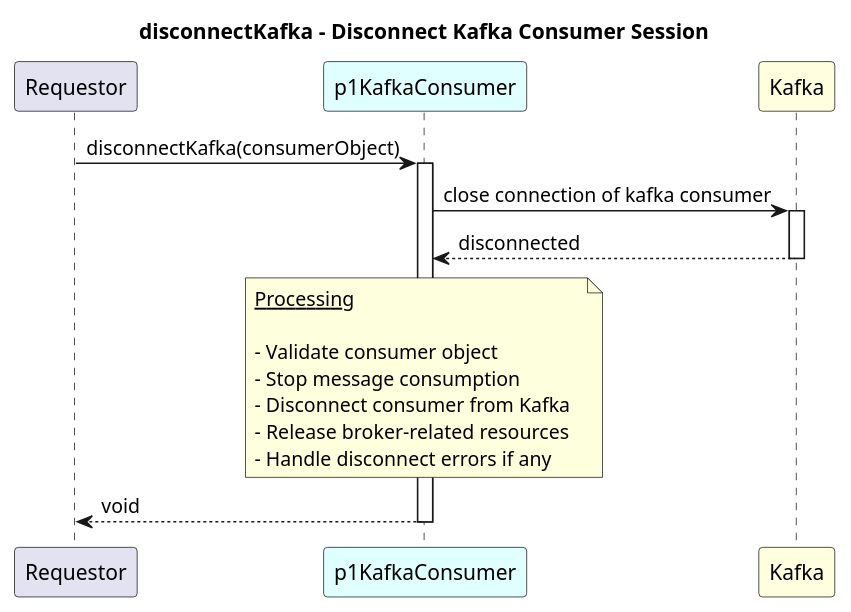
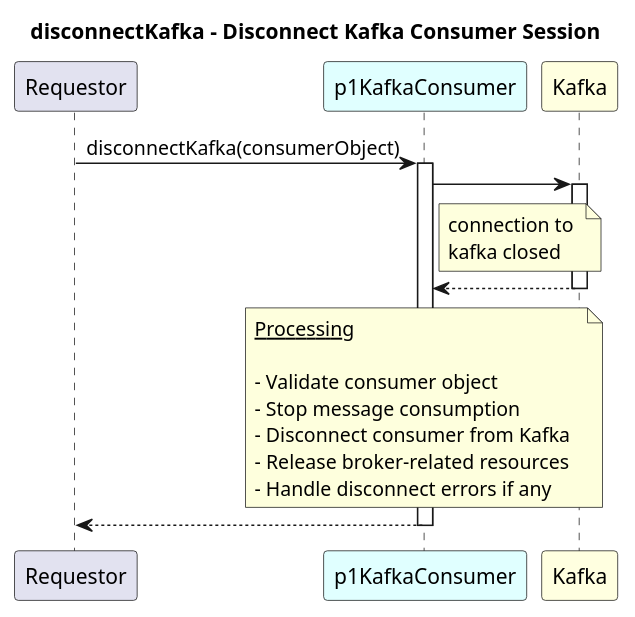
The diagram in spec/genericFunctions/applicationPattern/KafkaConsumerService/diagrams/disconnectKafka.plantuml (openBackhaul/ApplicationPattern), drawn with PlantUML before and after one commit. The commit also changed 17 other files, not shown here.

Commit message:
minor updates in diagrams

```diff
--- a/spec/genericFunctions/applicationPattern/KafkaConsumerService/diagrams/disconnectKafka.plantuml
+++ b/spec/genericFunctions/applicationPattern/KafkaConsumerService/diagrams/disconnectKafka.plantuml
@@ -1,34 +1,38 @@
 @startuml disconnectKafka
 skinparam responseMessageBelowArrow true
 
 title
 disconnectKafka – Disconnect Kafka Consumer Session
 end title
 
 participant "Requestor" as requestor
 participant "p1KafkaConsumer" as disconnect #LightCyan
 participant "Kafka" as kafka #LightYellow
 
 requestor -> disconnect: disconnectKafka(consumerObject)
 activate disconnect
 
-disconnect -> kafka: close connection of kafka consumer
+disconnect -> kafka
 activate kafka
+note right of disconnect
+connection to 
+kafka closed
+end note
 
-kafka --> disconnect: disconnected
+kafka --> disconnect
 deactivate kafka
 
 note over disconnect
   <u>Processing</u>
   
   - Validate consumer object  
   - Stop message consumption   
   - Disconnect consumer from Kafka  
   - Release broker-related resources  
   - Handle disconnect errors if any  
 end note
 
-disconnect --> requestor: void
+disconnect --> requestor
 deactivate disconnect
 
 @enduml
```
